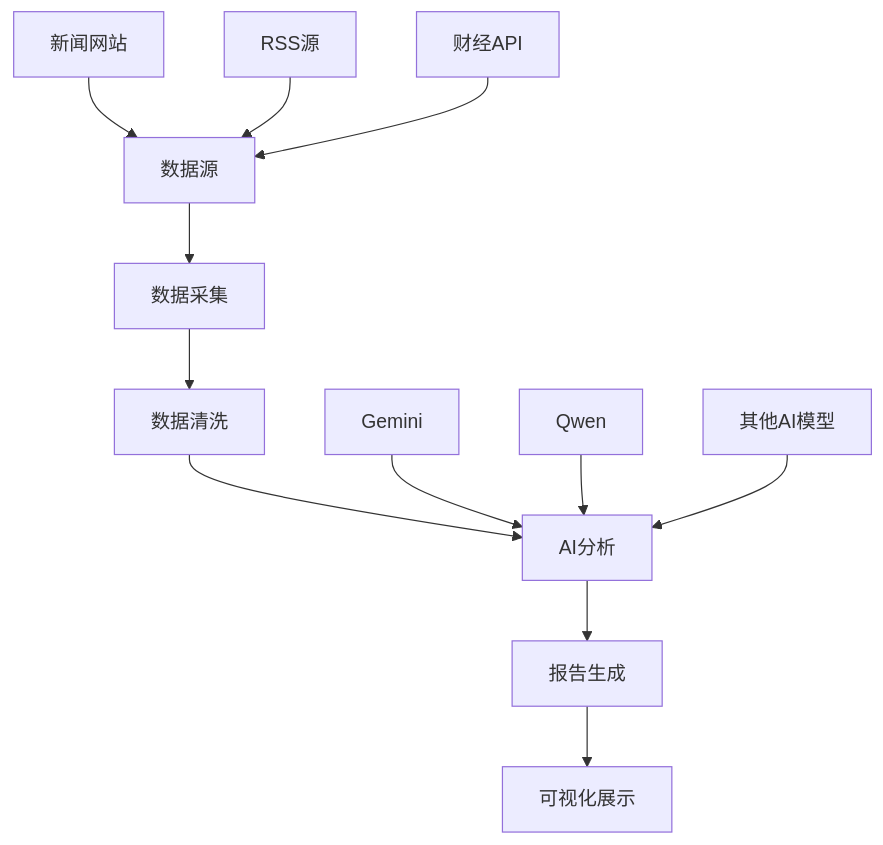
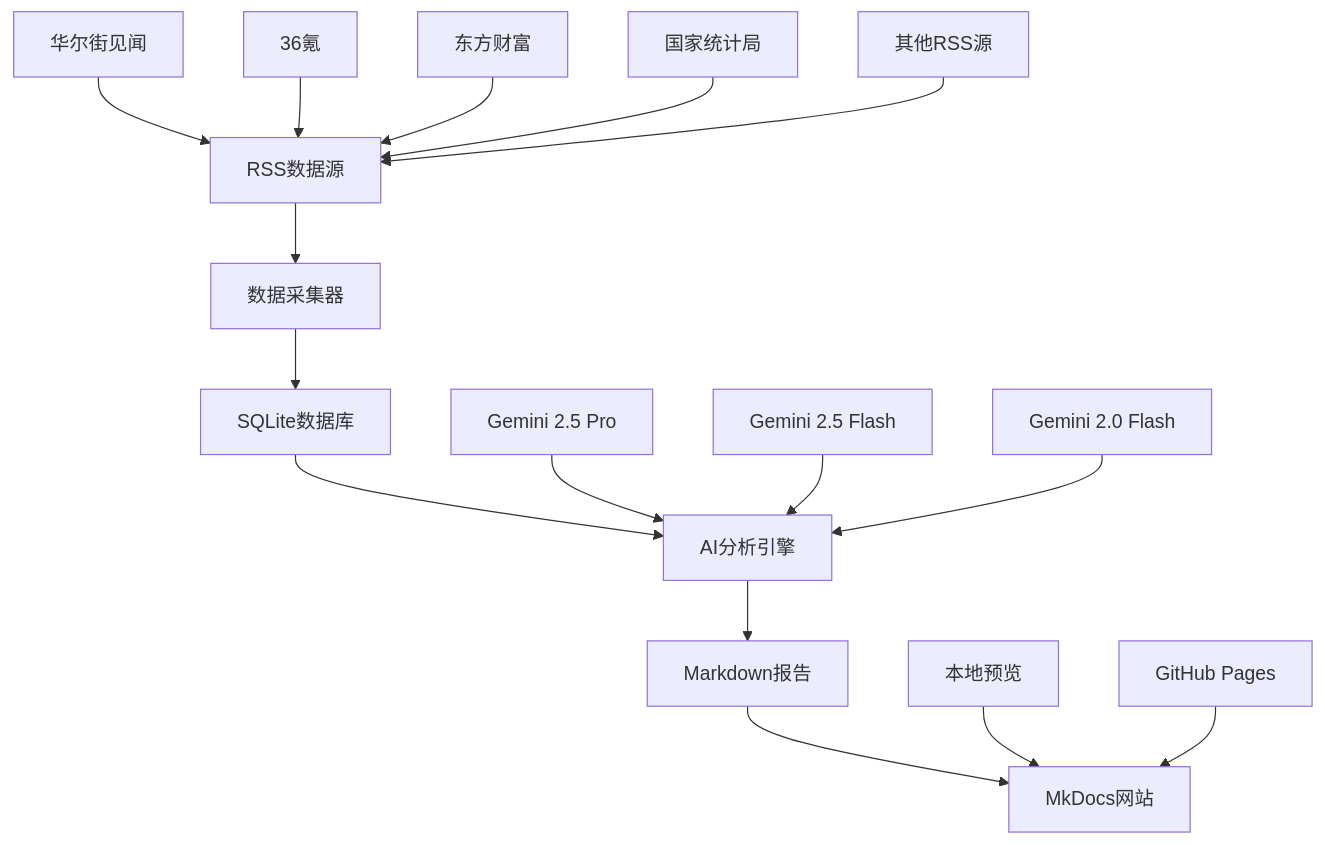
Before and after one commit to qipeijun/FinancialReport: the diagram in docs/index.md, drawn with Mermaid. The commit also changed other lines of this file and 5 other files, not shown here.

````diff
--- a/docs/index.md
+++ b/docs/index.md
@@ -34,16 +17,21 @@
 ```mermaid
 graph TD
-    A[数据源] --> B[数据采集]
-    B --> C[数据清洗]
-    C --> D[AI分析]
-    D --> E[报告生成]
-    E --> F[可视化展示]
+    A[RSS数据源] --> B[数据采集器]
+    B --> C[SQLite数据库]
+    C --> D[AI分析引擎]
+    D --> E[Markdown报告]
+    E --> F[MkDocs网站]
     
-    A1[新闻网站] --> A
-    A2[RSS源] --> A
-    A3[财经API] --> A
+    A1[华尔街见闻] --> A
+    A2[36氪] --> A
+    A3[东方财富] --> A
+    A4[国家统计局] --> A
+    A5[其他RSS源] --> A
     
-    D1[Gemini] --> D
-    D2[Qwen] --> D
-    D3[其他AI模型] --> D
+    D1[Gemini 2.5 Pro] --> D
+    D2[Gemini 2.5 Flash] --> D
+    D3[Gemini 2.0 Flash] --> D
+    
+    F1[本地预览] --> F
+    F2[GitHub Pages] --> F
 ```
````
